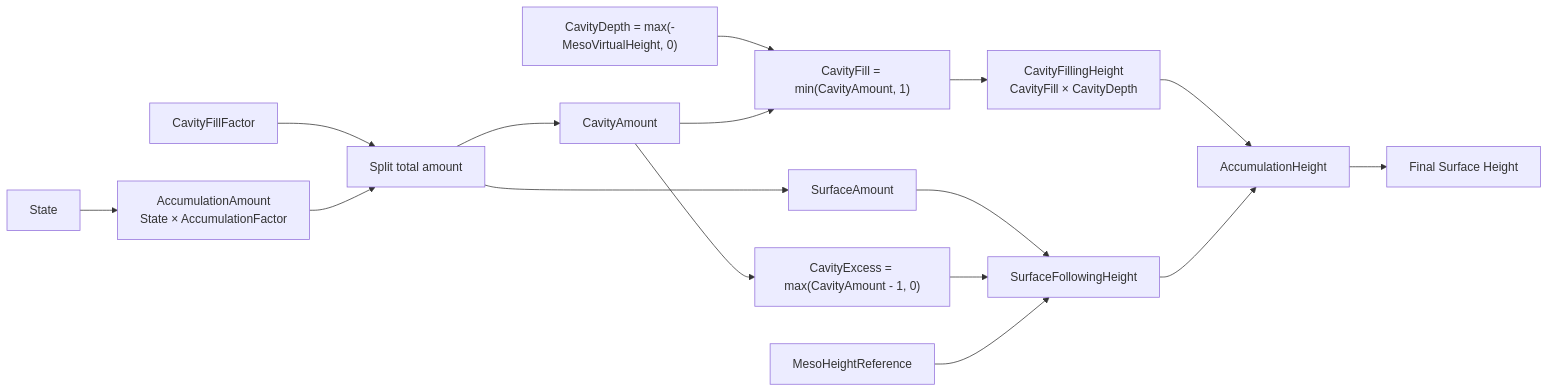
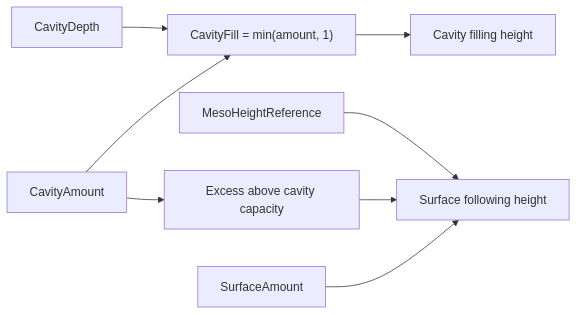
The fifth of 6 diagrams in Docs/MDSSP-Vault/04_Architecture/0004_Surface-Geometry.md (Yonaim/Material-Dependent-Surface-State-Engine), drawn with Mermaid before and after one commit. The commit also changed other lines of this file and 55 other files, not shown here.

Commit message:
Docs: Flow Map과 Architecture 문서 체계 정리

````diff
--- a/Docs/MDSSP-Vault/04_Architecture/0004_Surface-Geometry.md
+++ b/Docs/MDSSP-Vault/04_Architecture/0004_Surface-Geometry.md
@@ -219,18 +265,10 @@
 ```mermaid
 flowchart LR
-  State["State"] --> Total["AccumulationAmount\nState × AccumulationFactor"]
-  AccFactor["CavityFillFactor"] --> Split["Split total amount"]
-  Total --> Split
-  Split --> Cavity["CavityAmount"]
-  Split --> Surface["SurfaceAmount"]
-  Depth["CavityDepth = max(-MesoVirtualHeight, 0)"] --> Fill["CavityFill = min(CavityAmount, 1)"]
-  Cavity --> Fill
-  Fill --> CavityHeight["CavityFillingHeight\nCavityFill × CavityDepth"]
-  Cavity --> Excess["CavityExcess = max(CavityAmount - 1, 0)"]
-  Surface --> Following["SurfaceFollowingHeight"]
+  Cavity["CavityAmount"] --> Fill["CavityFill = min(amount, 1)"]
+  Depth["CavityDepth"] --> Fill
+  Fill --> CavityHeight["Cavity filling height"]
+  Cavity --> Excess["Excess above cavity capacity"]
+  Surface["SurfaceAmount"] --> Following["Surface following height"]
   Excess --> Following
   Reference["MesoHeightReference"] --> Following
-  CavityHeight --> Sum["AccumulationHeight"]
-  Following --> Sum
-  Sum --> Final["Final Surface Height"]
 ```
````
